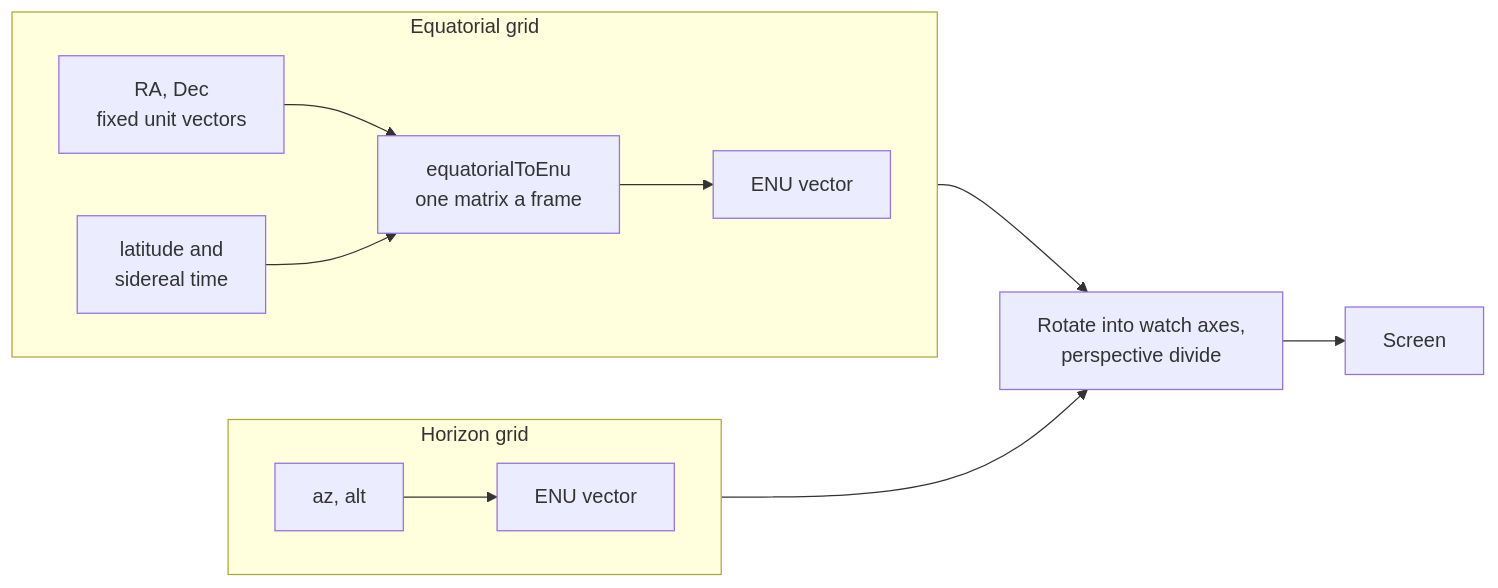
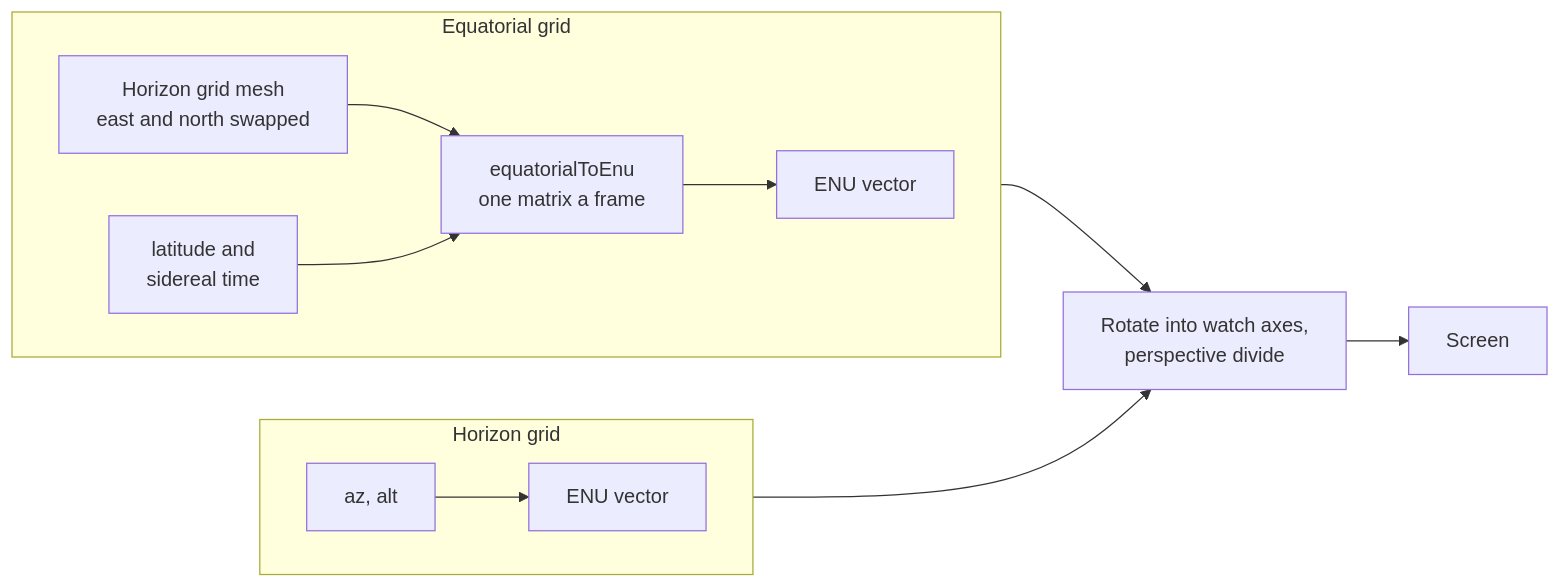
Before and after one commit to Cvar1984/Miniverse: the fourth of 5 diagrams in README.md, drawn with Mermaid. The commit also changed other lines of this file and 14 other files, not shown here.

First line of the commit message:
Add crosshair identify with magnitudes; share the grid mesh

````diff
--- a/README.md
+++ b/README.md
@@ -631,16 +637,16 @@
 ```mermaid
 flowchart LR
     subgraph H["Horizon grid"]
         direction LR
         HA["az, alt"] --> HB["ENU vector"]
     end
     subgraph E["Equatorial grid"]
         direction LR
-        EA["RA, Dec<br/>fixed unit vectors"] --> EB["equatorialToEnu<br/>one matrix a frame"]
+        EA["Horizon grid mesh<br/>east and north swapped"] --> EB["equatorialToEnu<br/>one matrix a frame"]
         LATLST["latitude and<br/>sidereal time"] --> EB
         EB --> EC["ENU vector"]
     end
     HB --> P["Rotate into watch axes,<br/>perspective divide"]
     EC --> P
     P --> SCR["Screen"]
 ```
````
